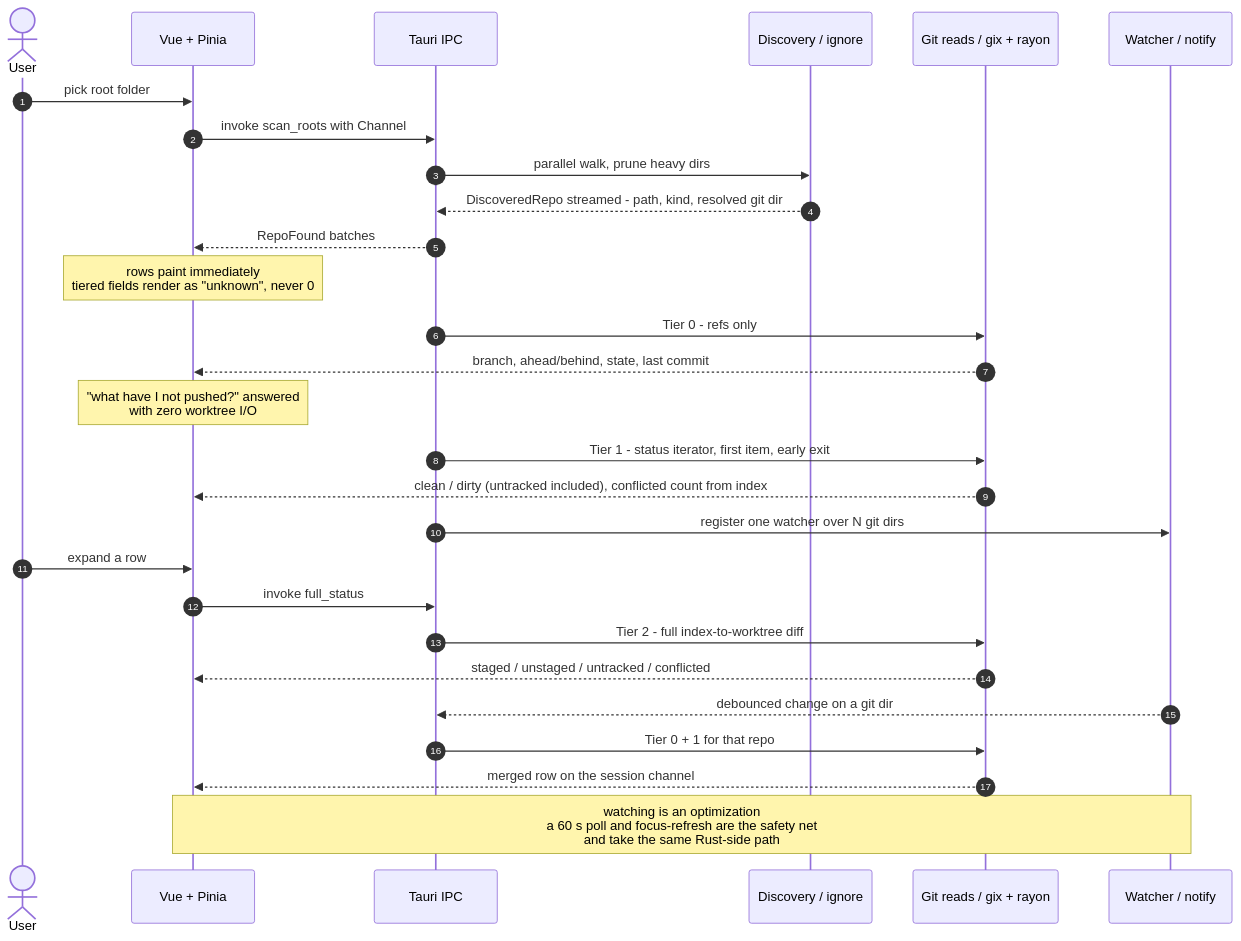
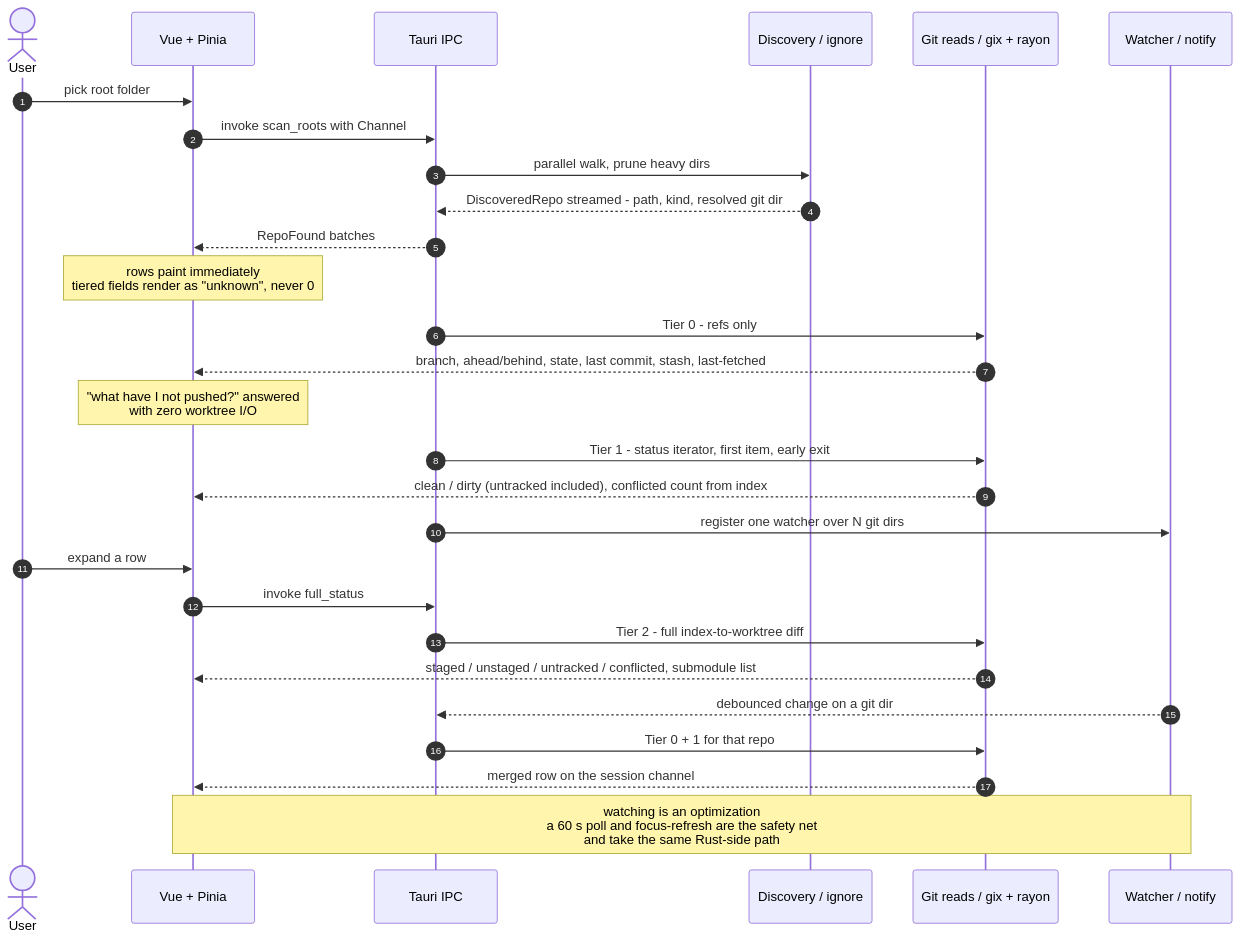
The diagram in AGENTS.md (b-meyer/repo-viewer), drawn with Mermaid before and after one commit. The commit also changed other lines of this file and 18 other files, not shown here.

````diff
--- a/AGENTS.md
+++ b/AGENTS.md
@@ -76,36 +88,36 @@
 ```mermaid
 sequenceDiagram
     autonumber
     actor U as User
     participant V as Vue + Pinia
     participant T as Tauri IPC
     participant D as Discovery / ignore
     participant G as Git reads / gix + rayon
     participant W as Watcher / notify
 
     U->>V: pick root folder
     V->>T: invoke scan_roots with Channel
     T->>D: parallel walk, prune heavy dirs
     D-->>T: DiscoveredRepo streamed - path, kind, resolved git dir
     T-->>V: RepoFound batches
     Note over V: rows paint immediately<br/>tiered fields render as "unknown", never 0
 
     T->>G: Tier 0 - refs only
-    G-->>V: branch, ahead/behind, state, last commit
+    G-->>V: branch, ahead/behind, state, last commit, stash, last-fetched
     Note over V: "what have I not pushed?" answered<br/>with zero worktree I/O
 
     T->>G: Tier 1 - status iterator, first item, early exit
     G-->>V: clean / dirty (untracked included), conflicted count from index
 
     T->>W: register one watcher over N git dirs
 
     U->>V: expand a row
     V->>T: invoke full_status
     T->>G: Tier 2 - full index-to-worktree diff
-    G-->>V: staged / unstaged / untracked / conflicted
+    G-->>V: staged / unstaged / untracked / conflicted, submodule list
 
     W-->>T: debounced change on a git dir
     T->>G: Tier 0 + 1 for that repo
     G-->>V: merged row on the session channel
     Note over V,W: watching is an optimization<br/>a 60 s poll and focus-refresh are the safety net<br/>and take the same Rust-side path
 ```
````
